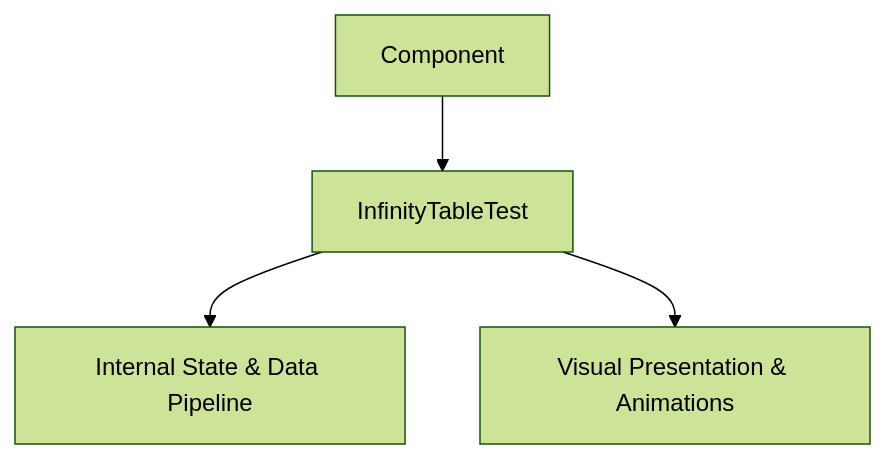
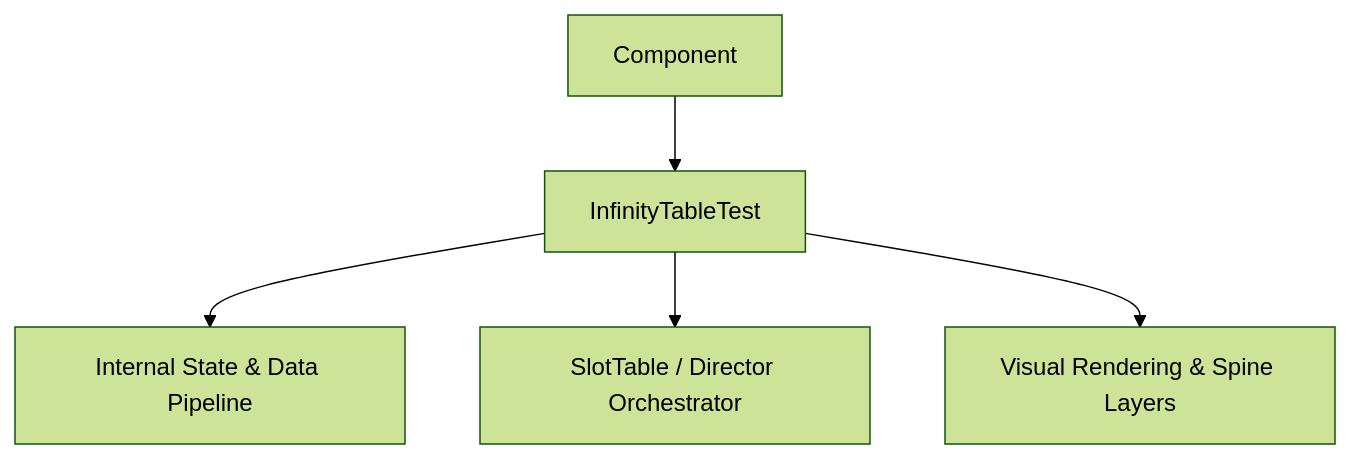
Before and after one commit to lam-ark/mcp-fwcc: the diagram in docs/cc_slot_mechanics/modules/InfinityTableTest/01_overview/01_architecture_and_role.md, drawn with Mermaid (forest theme). The commit also changed other lines of this file and 2509 other files, not shown here.

````diff
--- a/docs/cc_slot_mechanics/modules/InfinityTableTest/01_overview/01_architecture_and_role.md
+++ b/docs/cc_slot_mechanics/modules/InfinityTableTest/01_overview/01_architecture_and_role.md
@@ -18,6 +24,7 @@
 ```mermaid
 graph TD
-    Parent[Component] --> Mod[InfinityTableTest]
-    Mod --> State[Internal State & Data Pipeline]
-    Mod --> Render[Visual Presentation & Animations]
+    SuperClass[Component] --> TargetClass[InfinityTableTest]
+    TargetClass --> DataPipeline[Internal State & Data Pipeline]
+    TargetClass --> Orchestrator[SlotTable / Director Orchestrator]
+    TargetClass --> ViewLayer[Visual Rendering & Spine Layers]
 ```
````
